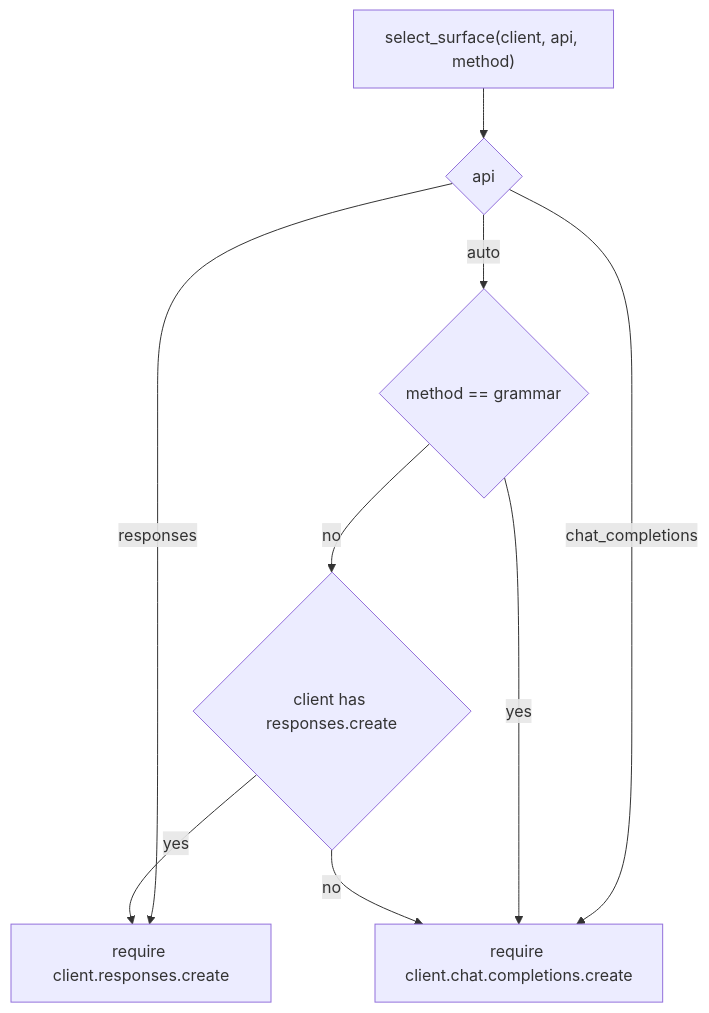
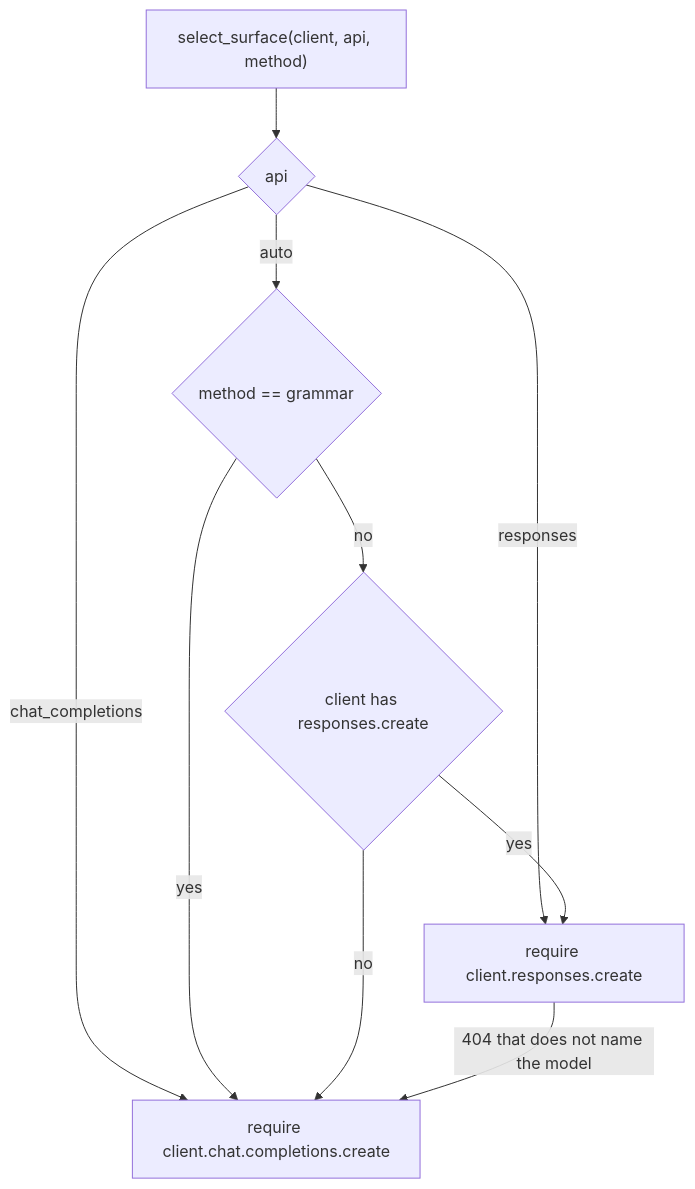
The diagram in docs/methods.md (zhulinchng/jevper), drawn with Mermaid before and after one commit. The commit also changed other lines of this file and 13 other files, not shown here.

````diff
--- a/docs/methods.md
+++ b/docs/methods.md
@@ -98,11 +100,12 @@
 ```mermaid
 flowchart TD
     A["select_surface(client, api, method)"] --> B{"api"}
     B -->|"responses"| C["require client.responses.create"]
     B -->|"chat_completions"| D["require client.chat.completions.create"]
     B -->|"auto"| E{"method == grammar"}
     E -->|"yes"| D
     E -->|"no"| F{"client has responses.create"}
     F -->|"yes"| C
     F -->|"no"| D
+    C -->|"404 that does not name the model"| D
 ```
````
